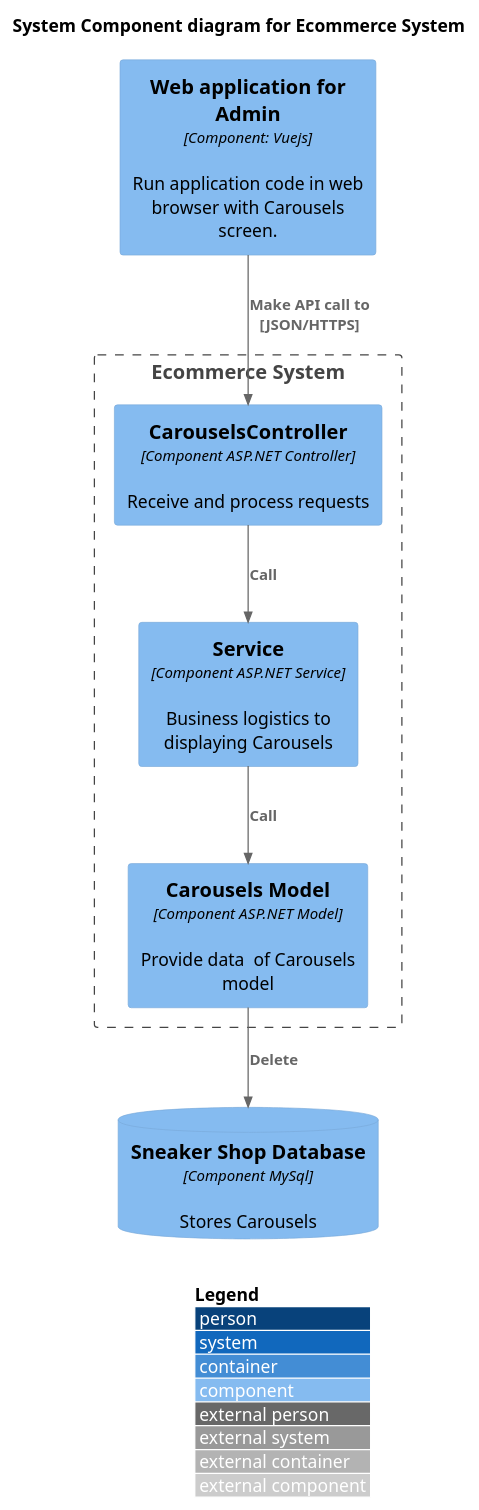
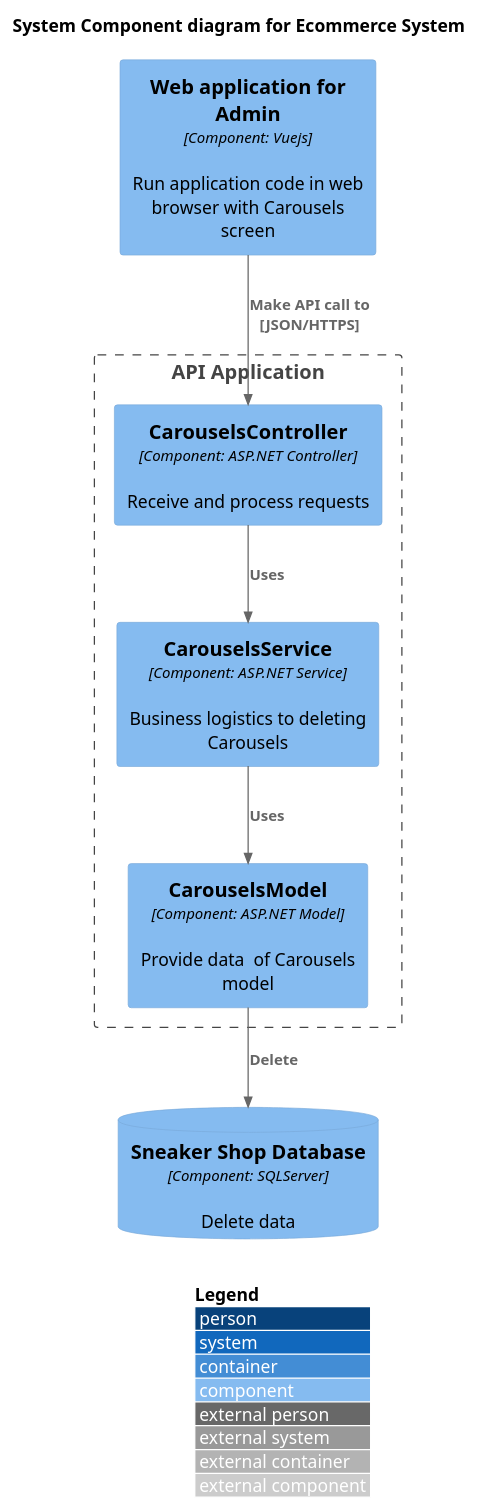
One commit to cuongchu264/PTTKHuongDoiTuong changed the diagram in C4 model/Component/DeleteCarouselsComponents.puml. Above: the diagram before and after it, drawn with PlantUML. The commit also changed 24 other files, not shown here.

Commit message:
Recheck component code

```diff
--- a/C4 model/Component/DeleteCarouselsComponents.puml
+++ b/C4 model/Component/DeleteCarouselsComponents.puml
@@ -1,23 +1,23 @@
 @startuml
 !include https://raw.githubusercontent.com/plantuml-stdlib/C4-PlantUML/master/C4_Component.puml
 ' uncomment the following line and comment the first to use locally
 ' !include C4_Component.puml
 
 LAYOUT_WITH_LEGEND()
 
 title System Component diagram for Ecommerce System
 
-Component(web_app, "Web application for Admin","Component: Vuejs", "Run application code in web browser with Carousels screen.")
-ComponentDb(db, "Sneaker Shop Database","Component MySql", "Stores Carousels")
+Component(web_app, "Web application for Admin","Component: Vuejs", "Run application code in web browser with Carousels screen")
+ComponentDb(db, "Sneaker Shop Database","Component: SQLServer", "Delete data")
 
-Boundary(System, "Ecommerce System") {
-    Component(Controller, "CarouselsController", "Component ASP.NET Controller", "Receive and process requests ")
-    Component(Service, "Service","Component ASP.NET Service", "Business logistics to displaying Carousels ")
-    Component(model, "Carousels Model", "Component ASP.NET Model", "Provide data  of Carousels model ")
+Boundary(System, "API Application") {
+    Component(Controller, "CarouselsController", "Component: ASP.NET Controller", "Receive and process requests ")
+    Component(Service, "CarouselsService","Component: ASP.NET Service", "Business logistics to deleting Carousels ")
+    Component(model, "CarouselsModel", "Component: ASP.NET Model", "Provide data  of Carousels model ")
 
-    Rel(Controller, Service, "Call")
-    Rel(Service, model, "Call")
+    Rel(Controller, Service, "Uses")
+    Rel(Service, model, "Uses")
     Rel(model, db, "Delete")
     Rel(web_app,Controller, "Make API call to [JSON/HTTPS]")
 }
 @enduml
```
